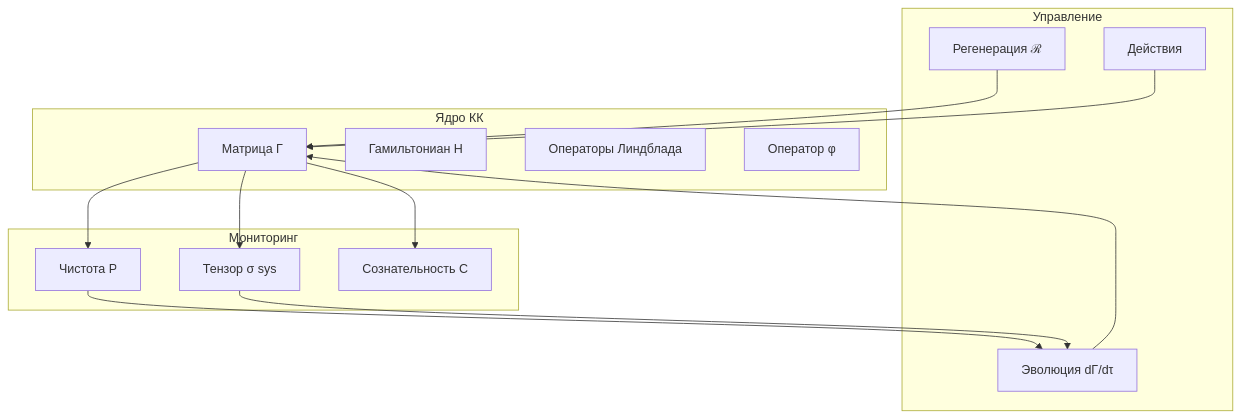
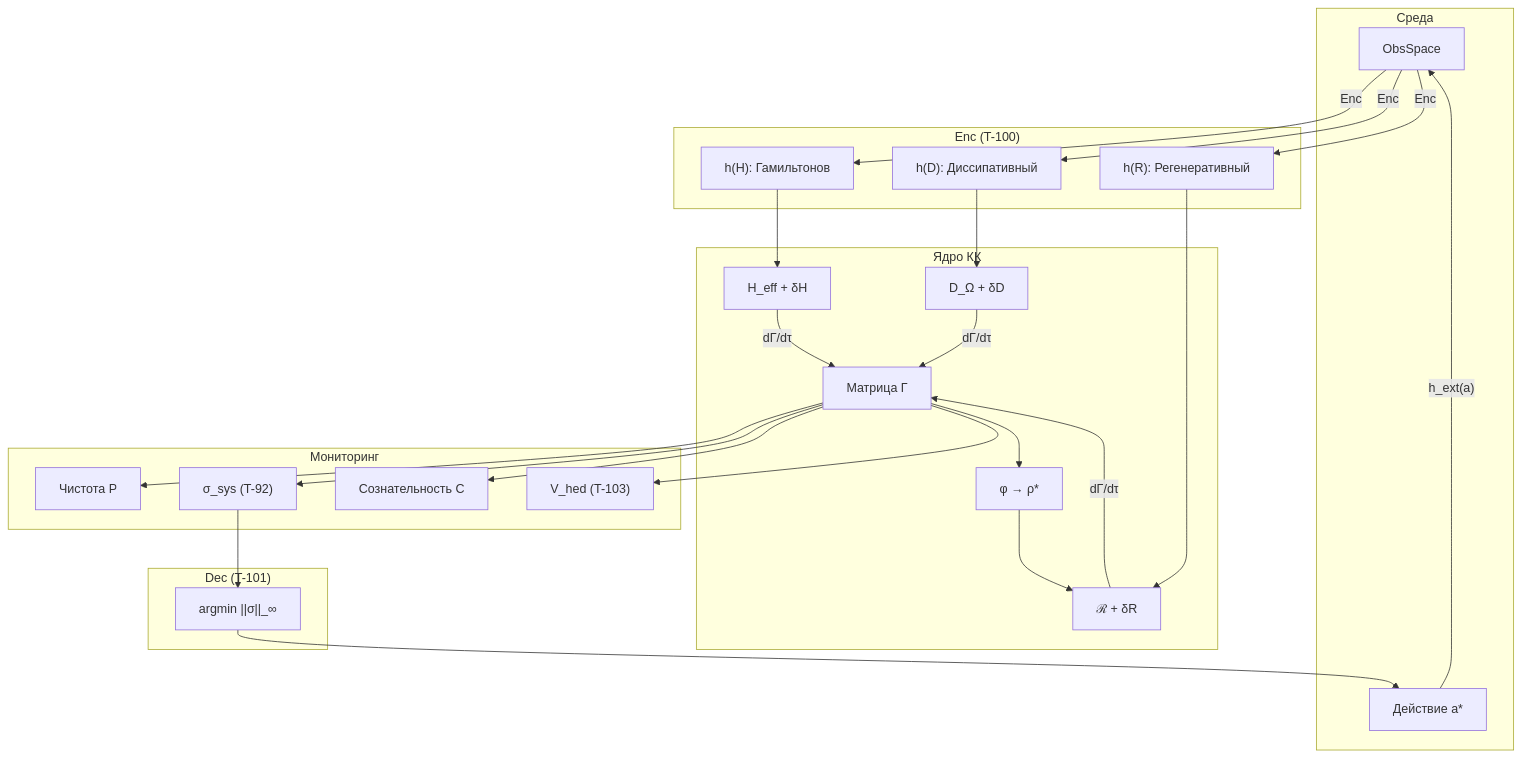
One commit to uhm-theory/holon changed the diagram in website/docs/applied/coherence-cybernetics/implementation.md. Above: the diagram before and after it, drawn with Mermaid. The commit also changed other lines of this file and 26 other files, not shown here.

````diff
--- a/website/docs/applied/coherence-cybernetics/implementation.md
+++ b/website/docs/applied/coherence-cybernetics/implementation.md
@@ -211,27 +211,40 @@
 ```mermaid
 graph TD
+    subgraph "Среда"
+        ENV["ObsSpace"]
+        ACT_OUT["Действие a*"]
+    end
+    subgraph "Enc (T-100)"
+        ENC_H["h(H): Гамильтонов"]
+        ENC_D["h(D): Диссипативный"]
+        ENC_R["h(R): Регенеративный"]
+    end
     subgraph "Ядро КК"
         G["Матрица Γ"]
-        H["Гамильтониан H"]
-        L["Операторы Линдблада"]
-        PHI["Оператор φ"]
+        H["H_eff + δH"]
+        L["D_Ω + δD"]
+        REG["ℛ + δR"]
+        PHI["φ → ρ*"]
     end
     subgraph "Мониторинг"
         P["Чистота P"]
-        SIG["Тензор σ sys"]
+        SIG["σ_sys (T-92)"]
         C["Сознательность C"]
+        VAL["V_hed (T-103)"]
     end
-    subgraph "Управление"
-        EVOL["Эволюция dΓ/dτ"]
-        REG["Регенерация ℛ"]
-        ACT["Действия"]
+    subgraph "Dec (T-101)"
+        DEC["argmin ||σ||_∞"]
     end
-    G --> P
-    G --> SIG
-    G --> C
-    P --> EVOL
-    SIG --> EVOL
-    EVOL --> G
-    REG --> G
-    ACT --> G
+
+    ENV -->|"Enc"| ENC_H & ENC_D & ENC_R
+    ENC_H --> H
+    ENC_D --> L
+    ENC_R --> REG
+    H & L & REG -->|"dΓ/dτ"| G
+    G --> P & SIG & C & VAL
+    SIG --> DEC
+    DEC --> ACT_OUT
+    ACT_OUT -->|"h_ext(a)"| ENV
+    G --> PHI
+    PHI --> REG
 ```
````
